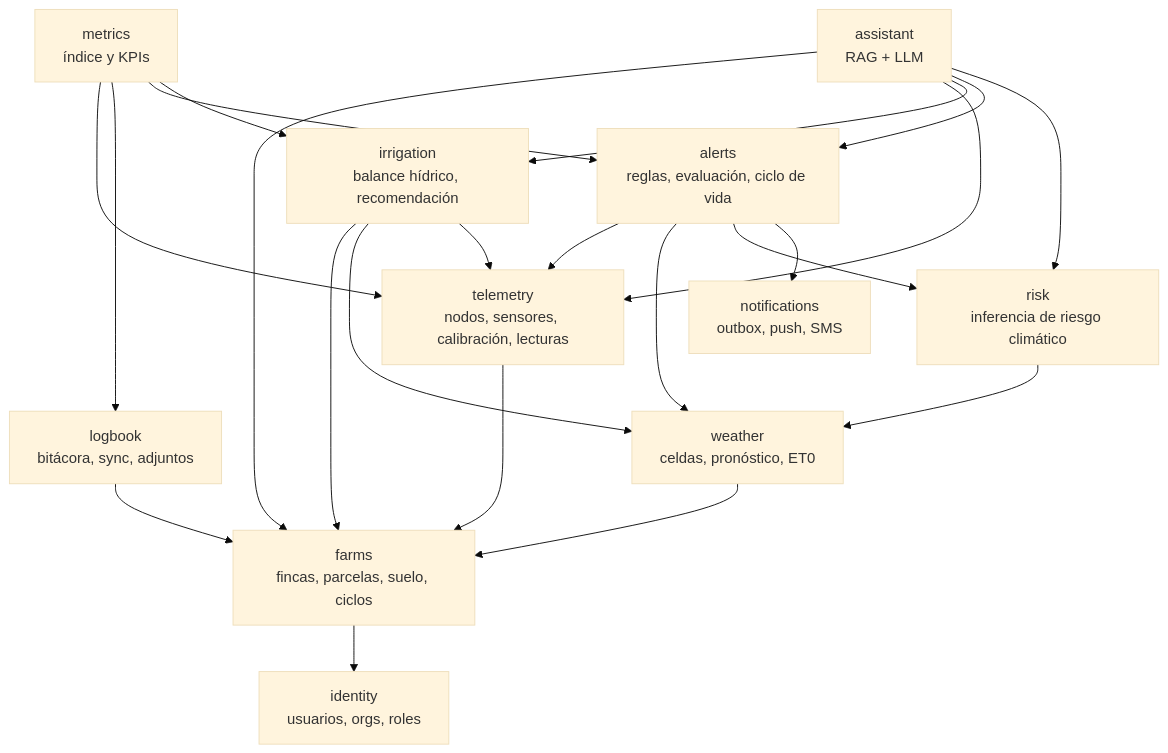
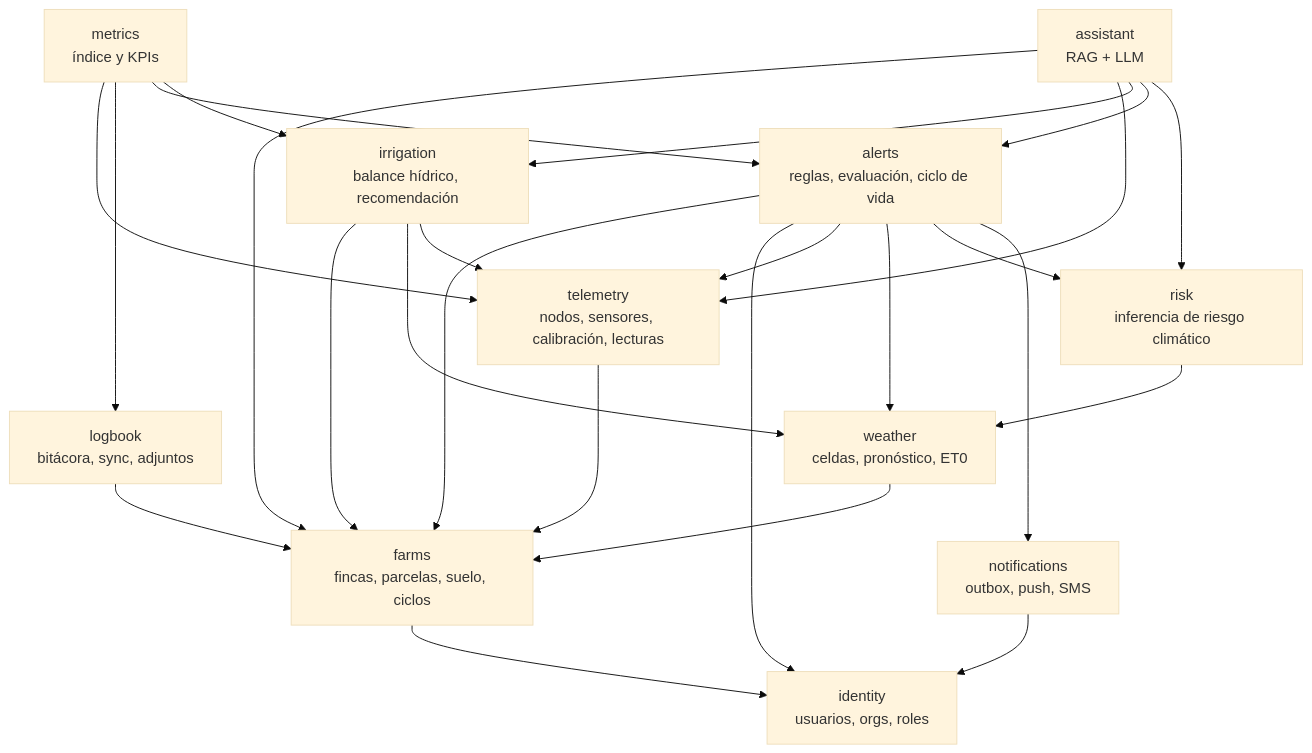
Before and after one commit to jab16jy/techcamp-v2: the third of 6 diagrams in docs/05-arquitectura.md, drawn with Mermaid (base theme). The commit also changed other lines of this file and 16 other files, not shown here.

First line of the commit message:
feat(alerts): open and resolve alerts with outbox notifications

````diff
--- a/docs/05-arquitectura.md
+++ b/docs/05-arquitectura.md
@@ -89,36 +89,39 @@
 ```mermaid
 flowchart TB
   identity[identity<br/>usuarios, orgs, roles]
   farms[farms<br/>fincas, parcelas, suelo, ciclos]
   telemetry[telemetry<br/>nodos, sensores, calibración, lecturas]
   weather[weather<br/>celdas, pronóstico, ET0]
   irrigation[irrigation<br/>balance hídrico, recomendación]
   alerts[alerts<br/>reglas, evaluación, ciclo de vida]
   notifications[notifications<br/>outbox, push, SMS]
   logbook[logbook<br/>bitácora, sync, adjuntos]
   risk[risk<br/>inferencia de riesgo climático]
   metrics[metrics<br/>índice y KPIs]
   assistant[assistant<br/>RAG + LLM]
 
   farms --> identity
   telemetry --> farms
   weather --> farms
   irrigation --> farms
   irrigation --> weather
   irrigation --> telemetry
+  alerts --> farms
+  alerts --> identity
   alerts --> telemetry
   alerts --> weather
   alerts --> risk
   alerts --> notifications
+  notifications --> identity
   logbook --> farms
   risk --> weather
   metrics --> telemetry
   metrics --> logbook
   metrics --> alerts
   metrics --> irrigation
   assistant --> farms
   assistant --> telemetry
   assistant --> irrigation
   assistant --> alerts
   assistant --> risk
 ```
````
